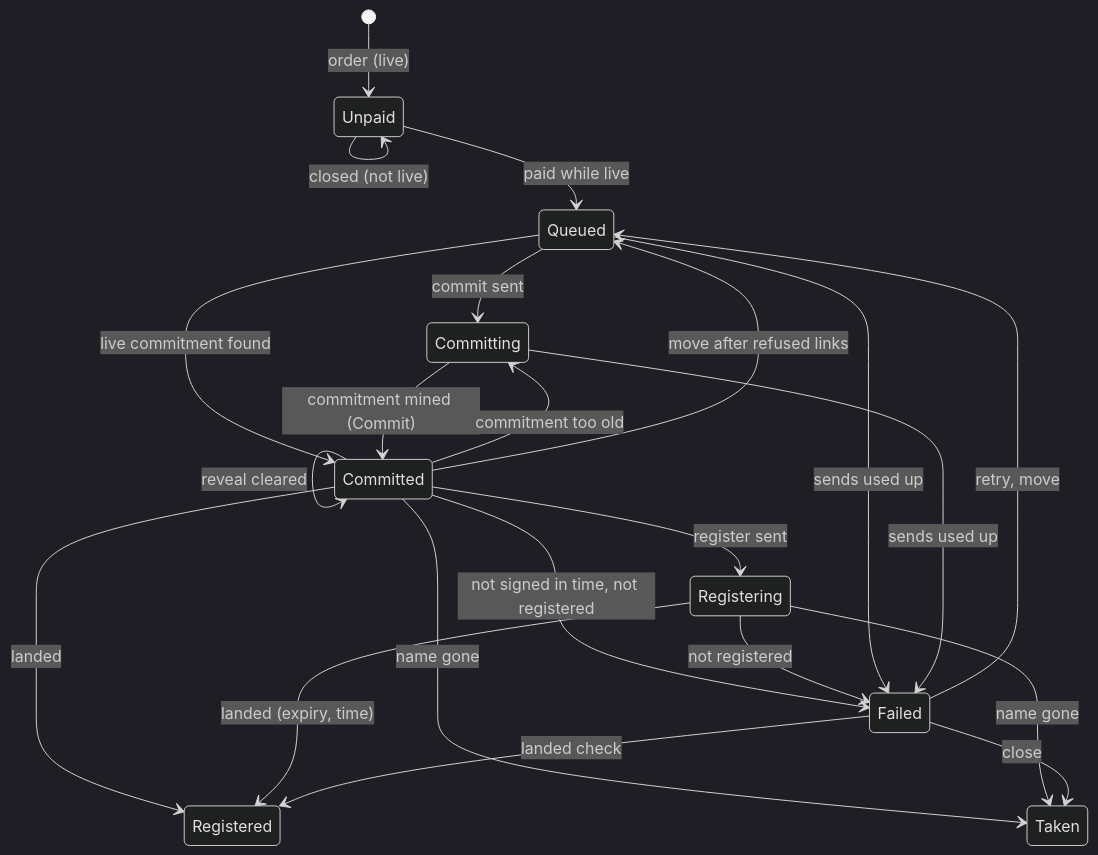
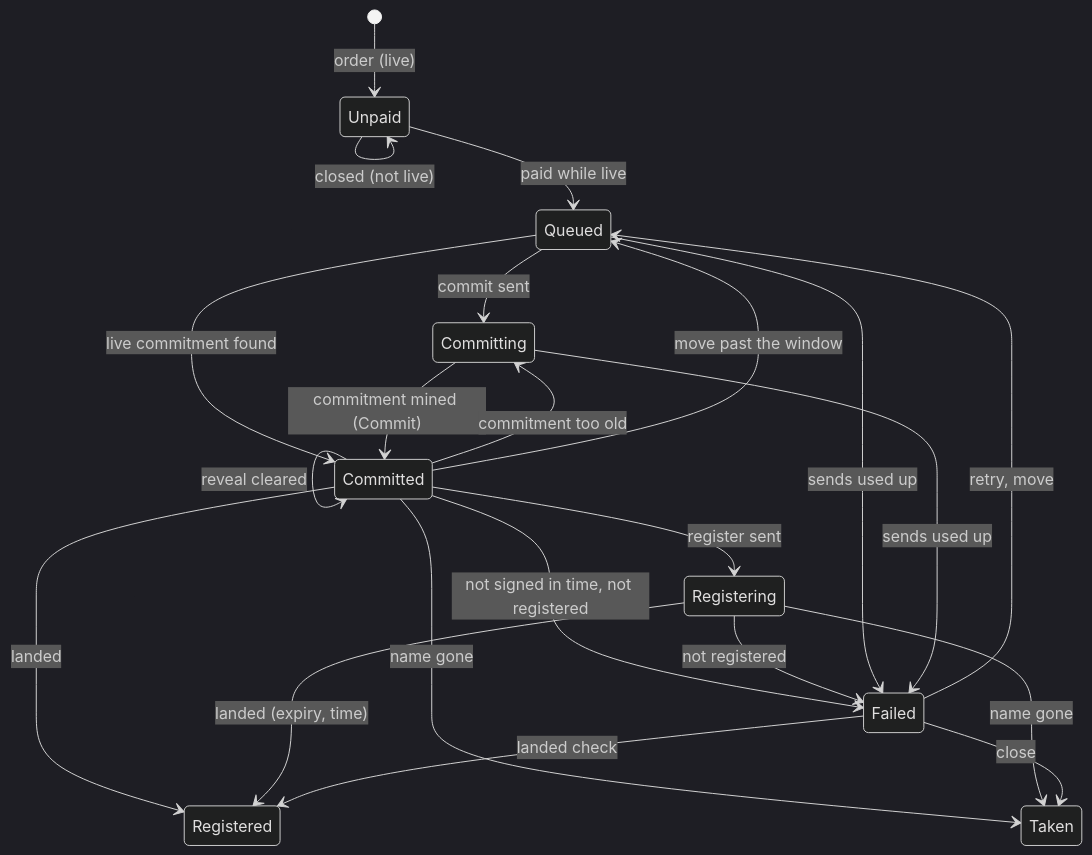
Before and after one commit to simplex-chat/simplex-chat: the second of 2 diagrams in plans/2026-11-16-names-review-fixes.md, drawn with Mermaid (dark theme). The commit also changed 21 other files, not shown here.

````diff
--- a/plans/2026-11-16-names-review-fixes.md
+++ b/plans/2026-11-16-names-review-fixes.md
@@ -67,24 +67,24 @@
 ```mermaid
 stateDiagram-v2
   [*] --> Unpaid: order (live)
   Unpaid --> Unpaid: closed (not live)
   Unpaid --> Queued: paid while live
   Queued --> Committing: commit sent
   Queued --> Committed: live commitment found
   Committing --> Committed: commitment mined (Commit)
   Committed --> Committed: reveal cleared
   Committed --> Registering: register sent
   Committed --> Committing: commitment too old
   Committed --> Registered: landed
   Committed --> Taken: name gone
   Committed --> Failed: not signed in time, not registered
   Registering --> Registered: landed (expiry, time)
   Registering --> Taken: name gone
   Registering --> Failed: not registered
   Queued --> Failed: sends used up
   Committing --> Failed: sends used up
   Failed --> Queued: retry, move
-  Committed --> Queued: move after refused links
+  Committed --> Queued: move past the window
   Failed --> Registered: landed check
   Failed --> Taken: close
 ```
````
